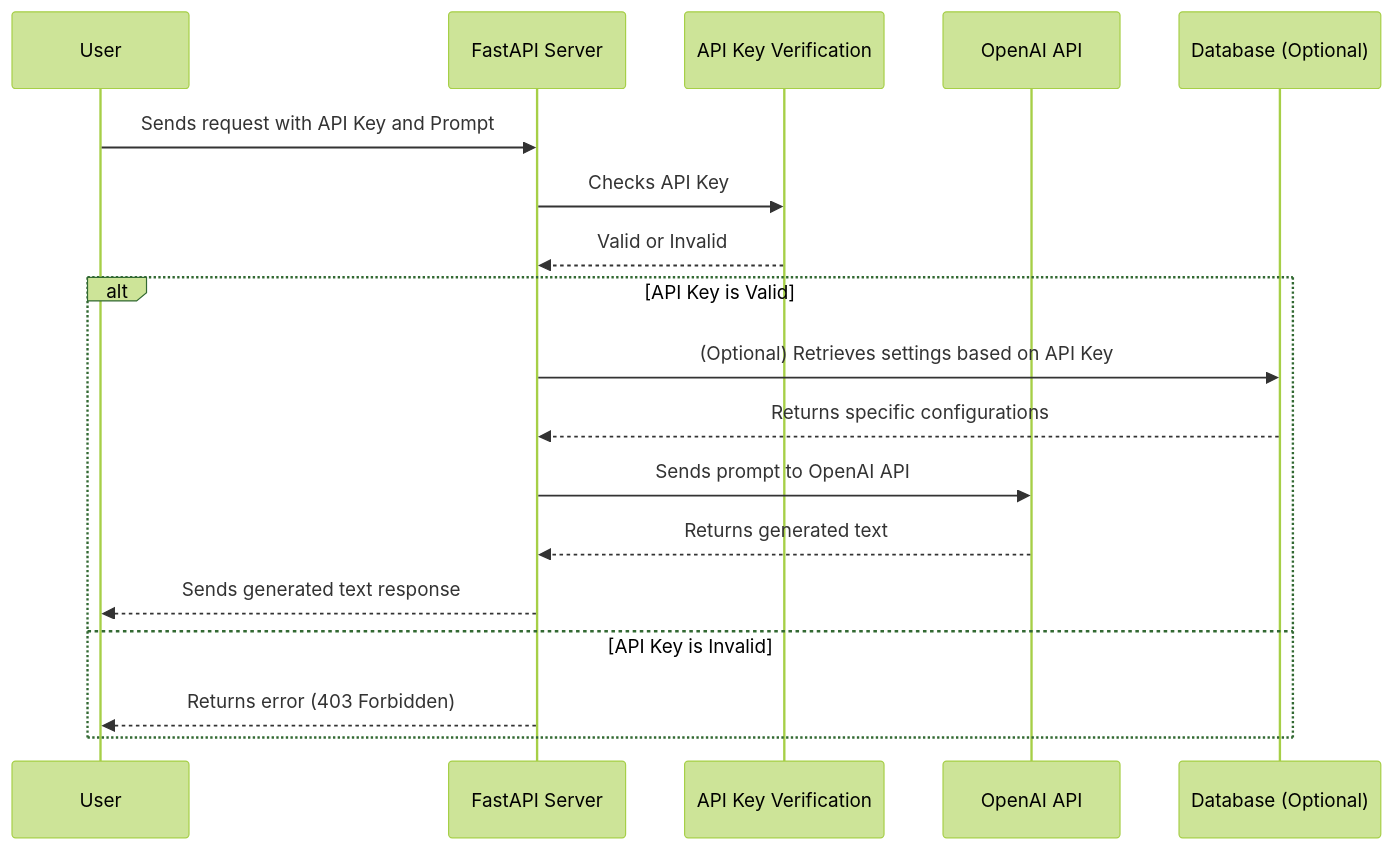
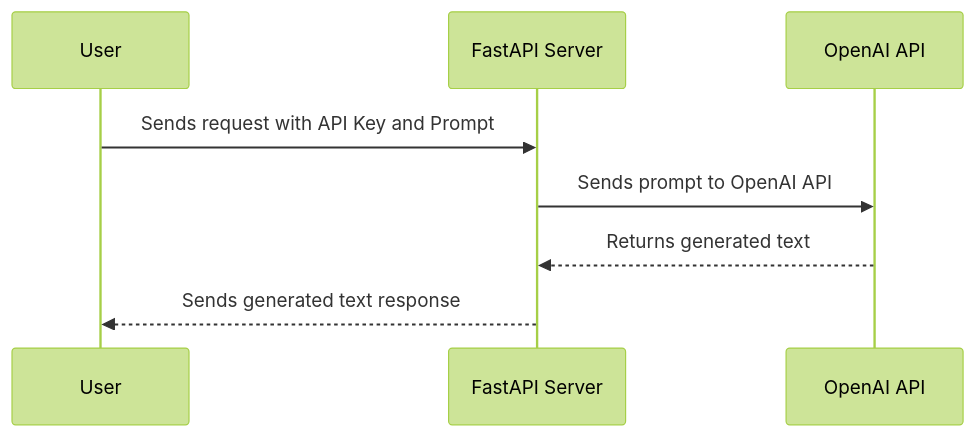
Before and after one commit to TroyDoesAI/All-In-One-AI-API-Service: the first of 4 diagrams in README.md, drawn with Mermaid (forest theme). The commit also changed other lines of this file, not shown here.

````diff
--- a/README.md
+++ b/README.md
@@ -51,21 +71,11 @@
 ```mermaid
 sequenceDiagram
     participant U as User
     participant S as FastAPI Server
-    participant V as API Key Verification
     participant O as OpenAI API
-    participant D as Database (Optional)
 
     U->>S: Sends request with API Key and Prompt
-    S->>V: Checks API Key
-    V-->>S: Valid or Invalid
-    alt API Key is Valid
-        S->>D: (Optional) Retrieves settings based on API Key
-        D-->>S: Returns specific configurations
-        S->>O: Sends prompt to OpenAI API
-        O-->>S: Returns generated text
-        S-->>U: Sends generated text response
-    else API Key is Invalid
-        S-->>U: Returns error (403 Forbidden)
-    end
+    S->>O: Sends prompt to OpenAI API
+    O-->>S: Returns generated text
+    S-->>U: Sends generated text response
 ```
````
